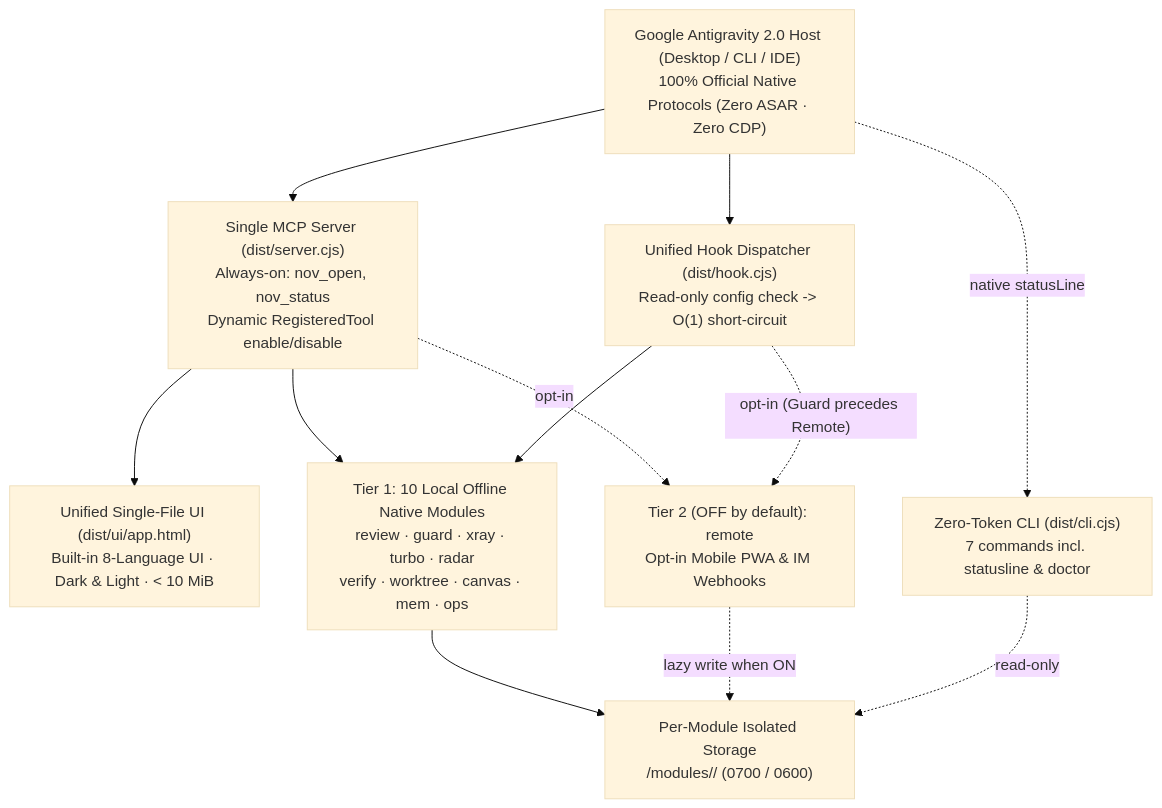
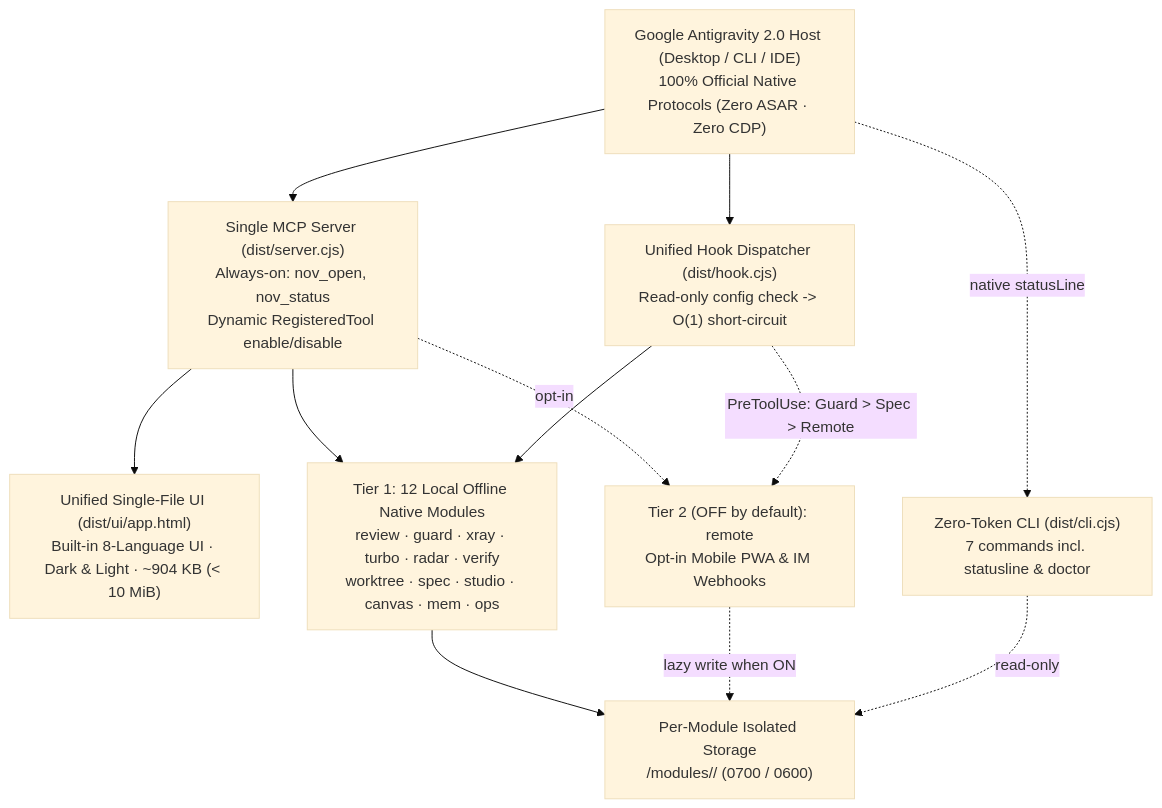
Before and after one commit to tone-leh/agy-NOV: the diagram in README.md, drawn with Mermaid (base theme). The commit also changed other lines of this file and 55 other files, not shown here.

Commit message:
feat(v0.4.0): Spec Flow & Task DAG, Workspace Studio, Turbo RTK compression & Ops 2.0 budget doctor

````diff
--- a/README.md
+++ b/README.md
@@ -190,23 +194,23 @@
 ```mermaid
 flowchart TB
   Host["Google Antigravity 2.0 Host (Desktop / CLI / IDE)\n100% Official Native Protocols (Zero ASAR · Zero CDP)"]
   MCP["Single MCP Server (dist/server.cjs)\nAlways-on: nov_open, nov_status\nDynamic RegisteredTool enable/disable"]
-  UI["Unified Single-File UI (dist/ui/app.html)\nBuilt-in 8-Language UI · Dark & Light · < 10 MiB"]
+  UI["Unified Single-File UI (dist/ui/app.html)\nBuilt-in 8-Language UI · Dark & Light · ~904 KB (< 10 MiB)"]
   Hook["Unified Hook Dispatcher (dist/hook.cjs)\nRead-only config check -> O(1) short-circuit"]
   CLI["Zero-Token CLI (dist/cli.cjs)\n7 commands incl. statusline & doctor"]
   Store["Per-Module Isolated Storage\n<dataDir>/modules/<id>/ (0700 / 0600)"]
-  T1["Tier 1: 10 Local Offline Native Modules\nreview · guard · xray · turbo · radar\nverify · worktree · canvas · mem · ops"]
+  T1["Tier 1: 12 Local Offline Native Modules\nreview · guard · xray · turbo · radar · verify\nworktree · spec · studio · canvas · mem · ops"]
   T2R["Tier 2 (OFF by default): remote\nOpt-in Mobile PWA & IM Webhooks"]
 
   Host --> MCP
   Host --> Hook
   Host -. "native statusLine" .-> CLI
   MCP --> UI
   MCP --> T1
   MCP -. "opt-in" .-> T2R
   Hook --> T1
-  Hook -. "opt-in (Guard precedes Remote)" .-> T2R
+  Hook -. "PreToolUse: Guard > Spec > Remote" .-> T2R
   T1 --> Store
   T2R -. "lazy write when ON" .-> Store
   CLI -. "read-only" .-> Store
 ```
````
